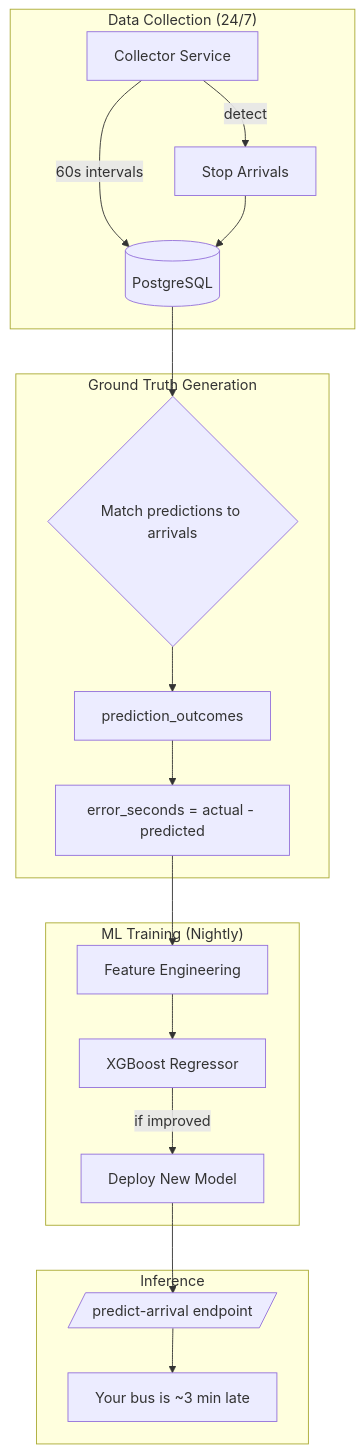
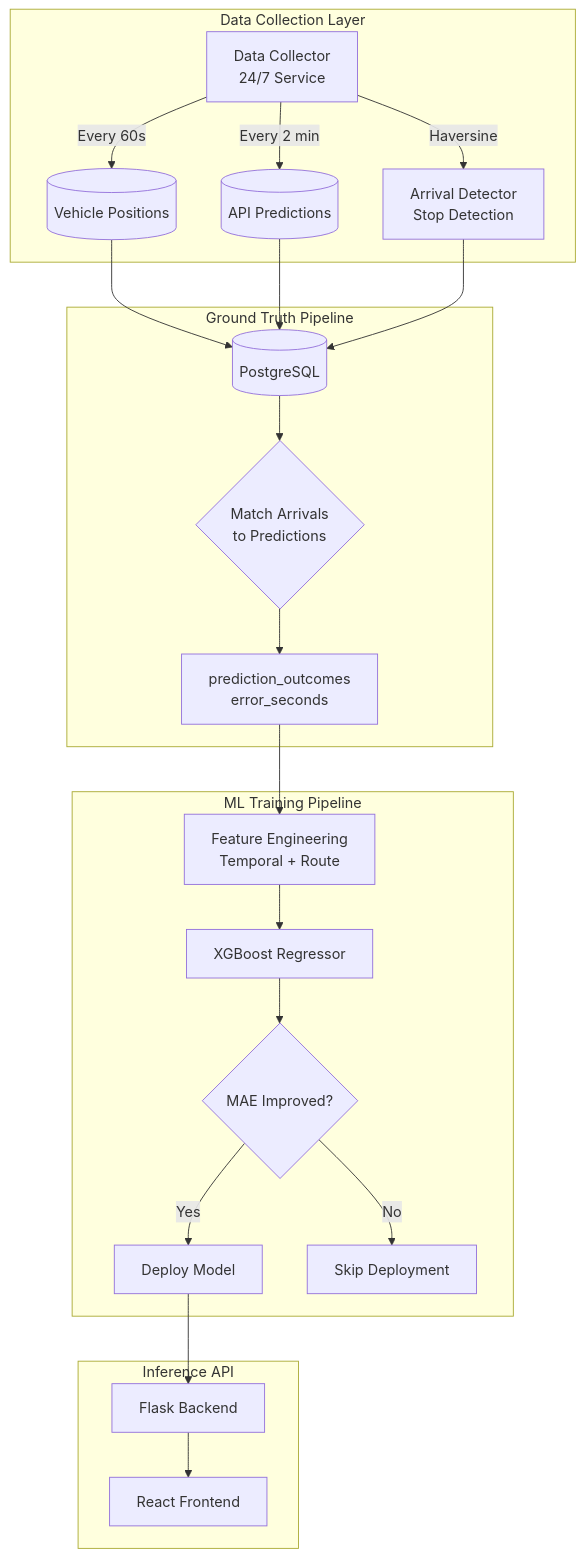
The diagram in README.md (matteso1/madison-bus-eta), drawn with Mermaid before and after one commit. The commit also changed other lines of this file, not shown here.

````diff
--- a/README.md
+++ b/README.md
@@ -147,25 +25,29 @@
 ```mermaid
 flowchart TB
-    subgraph "Data Collection (24/7)"
-        COLLECTOR[Collector Service] -->|60s intervals| DB[(PostgreSQL)]
-        COLLECTOR -->|detect| ARRIVALS[Stop Arrivals]
-        ARRIVALS --> DB
+    subgraph "Data Collection Layer"
+        COLLECTOR[Data Collector<br/>24/7 Service] -->|Every 60s| VEHICLES[(Vehicle Positions)]
+        COLLECTOR -->|Every 2 min| PREDICTIONS[(API Predictions)]
+        COLLECTOR -->|Haversine| ARRIVALS[Arrival Detector<br/>Stop Detection]
     end
     
-    subgraph "Ground Truth Generation"
-        DB --> MATCH{Match predictions to arrivals}
-        MATCH --> OUTCOMES[prediction_outcomes]
-        OUTCOMES --> ERROR["error_seconds = actual - predicted"]
+    subgraph "Ground Truth Pipeline"
+        VEHICLES --> DB[(PostgreSQL)]
+        PREDICTIONS --> DB
+        ARRIVALS --> DB
+        DB --> MATCH{Match Arrivals<br/>to Predictions}
+        MATCH --> OUTCOMES[prediction_outcomes<br/>error_seconds]
     end
     
-    subgraph "ML Training (Nightly)"
-        ERROR --> FE[Feature Engineering]
+    subgraph "ML Training Pipeline"
+        OUTCOMES --> FE[Feature Engineering<br/>Temporal + Route]
         FE --> MODEL[XGBoost Regressor]
-        MODEL -->|if improved| DEPLOY[Deploy New Model]
+        MODEL --> EVAL{MAE Improved?}
+        EVAL -->|Yes| DEPLOY[Deploy Model]
+        EVAL -->|No| SKIP[Skip Deployment]
     end
     
-    subgraph "Inference"
-        DEPLOY --> API[/predict-arrival endpoint/]
-        API --> USER["Your bus is ~3 min late"]
+    subgraph "Inference API"
+        DEPLOY --> FLASK[Flask Backend]
+        FLASK --> REACT[React Frontend]
     end
 ```
````
